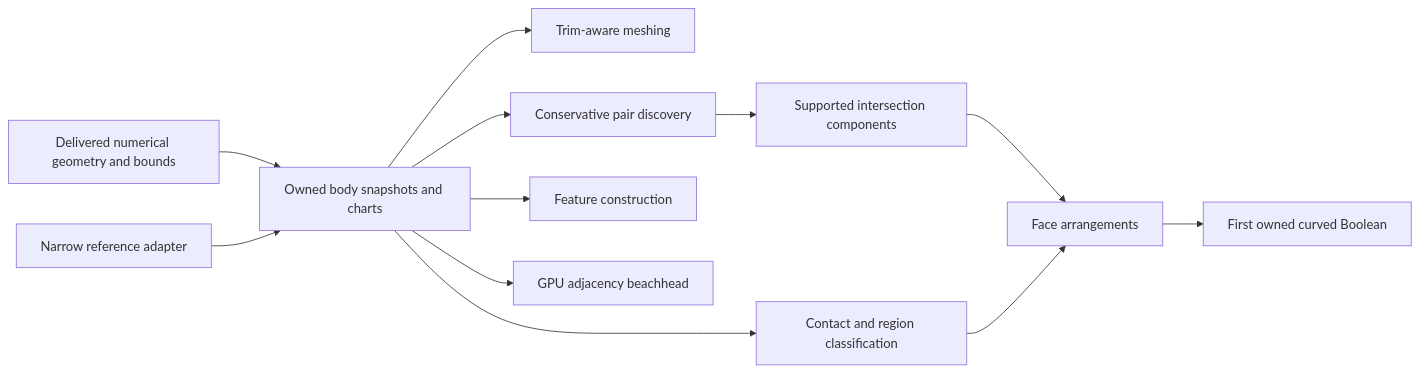
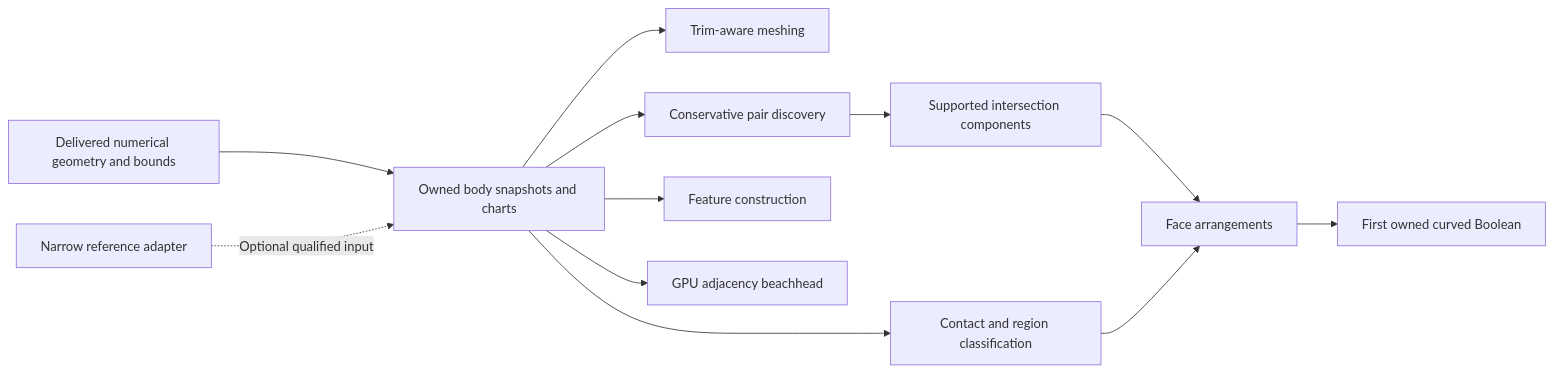
One commit to antimeme-ai/BRepGPU changed the diagram in docs/ACCELERATION_ROADMAP.md. Above: the diagram before and after it, drawn with Mermaid. The commit also changed other lines of this file and 2 other files, not shown here.

````diff
--- a/docs/ACCELERATION_ROADMAP.md
+++ b/docs/ACCELERATION_ROADMAP.md
@@ -88,14 +91,14 @@
 ```mermaid
 flowchart LR
     N[Delivered numerical geometry and bounds] --> B[Owned body snapshots and charts]
     B --> M[Trim-aware meshing]
     B --> P[Conservative pair discovery]
     B --> F[Feature construction]
     B --> C[Contact and region classification]
-    R[Narrow reference adapter] --> B
+    R[Narrow reference adapter] -. Optional qualified input .-> B
     P --> I[Supported intersection components]
     I --> A[Face arrangements]
     C --> A
     A --> S[First owned curved Boolean]
     B --> G[GPU adjacency beachhead]
 ```
````
